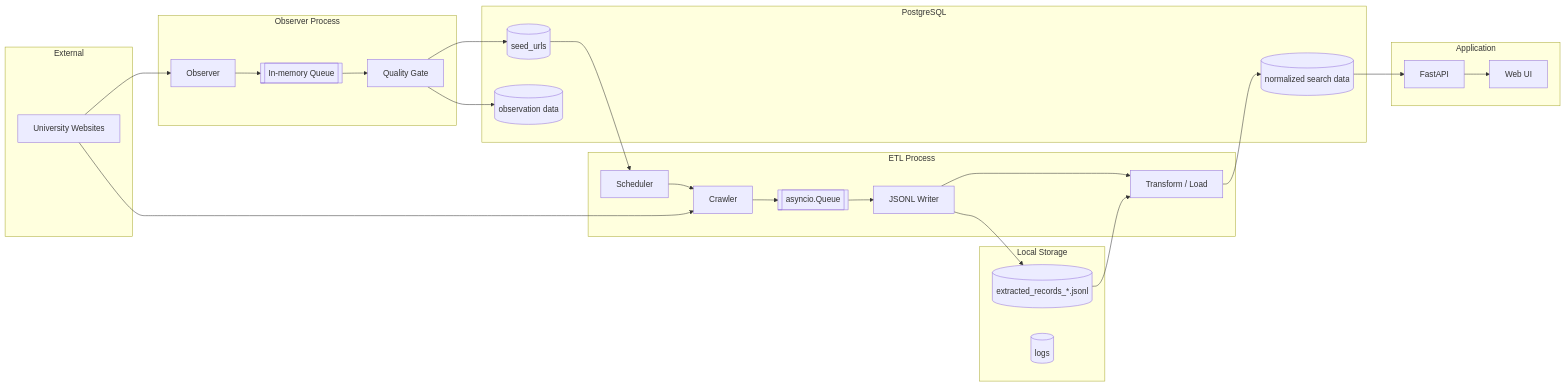
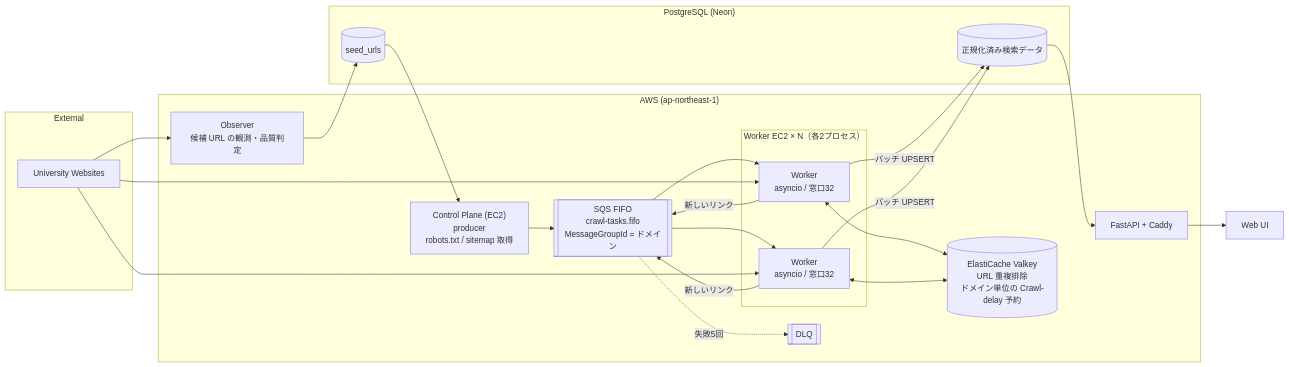
One commit to undercoat-F/UniversityComparisonSite changed the diagram in README.md. Above: the diagram before and after it, drawn with Mermaid. The commit also changed other lines of this file and 110 other files, not shown here.

````diff
--- a/README.md
+++ b/README.md
@@ -29,60 +44,36 @@
 ```mermaid
 flowchart LR
-
     subgraph Internet["External"]
         Web["University Websites"]
     end
 
-    subgraph ObserverProcess["Observer Process"]
-        Observer["Observer"]
-        ObserveQueue[["In-memory Queue"]]
-        QualityGate["Quality Gate"]
-
-        Observer --> ObserveQueue
-        ObserveQueue --> QualityGate
+    subgraph AWS["AWS (ap-northeast-1)"]
+        Observer["Observer<br/>候補 URL の観測・品質判定"]
+        CP["Control Plane (EC2)<br/>producer<br/>robots.txt / sitemap 取得"]
+        SQS[["SQS FIFO<br/>crawl-tasks.fifo<br/>MessageGroupId = ドメイン"]]
+        DLQ[["DLQ"]]
+        subgraph Workers["Worker EC2 × N（各2プロセス）"]
+            W1["Worker<br/>asyncio / 窓口32"]
+            W2["Worker<br/>asyncio / 窓口32"]
+        end
+        Valkey[("ElastiCache Valkey<br/>URL 重複排除<br/>ドメイン単位の Crawl-delay 予約")]
+        API["FastAPI + Caddy"]
     end
 
-    subgraph ETLProcess["ETL Process"]
-        Scheduler["Scheduler"]
-        Crawler["Crawler"]
-        RecordQueue[["asyncio.Queue"]]
-        Writer["JSONL Writer"]
-        Transform["Transform / Load"]
-
-        Scheduler --> Crawler
-        Crawler --> RecordQueue
-        RecordQueue --> Writer
-        Writer --> Transform
+    subgraph Neon["PostgreSQL (Neon)"]
+        Seeds[("seed_urls")]
+        Search[("正規化済み検索データ")]
     end
 
-    subgraph LocalStorage["Local Storage"]
-        JSONL[("extracted_records_*.jsonl")]
-        Logs[("logs")]
-    end
+    UI["Web UI"]
 
-    subgraph Database["PostgreSQL"]
-        Seeds[("seed_urls")]
-        Observations[("observation data")]
-        SearchData[("normalized search data")]
-    end
-
-    subgraph Delivery["Application"]
-        API["FastAPI"]
-        UI["Web UI"]
-
-        SearchData --> API
-        API --> UI
-    end
-
-    Web --> Observer
-    Web --> Crawler
-
-    QualityGate --> Observations
-    QualityGate --> Seeds
-
-    Seeds --> Scheduler
-
-    Writer --> JSONL
-    JSONL --> Transform
-    Transform --> SearchData
+    Web --> Observer --> Seeds
+    Seeds --> CP --> SQS
+    SQS --> W1 & W2
+    SQS -. 失敗5回 .-> DLQ
+    W1 & W2 <--> Valkey
+    W1 & W2 -- 新しいリンク --> SQS
+    Web --> W1 & W2
+    W1 & W2 -- バッチ UPSERT --> Search
+    Search --> API --> UI
 ```
````
